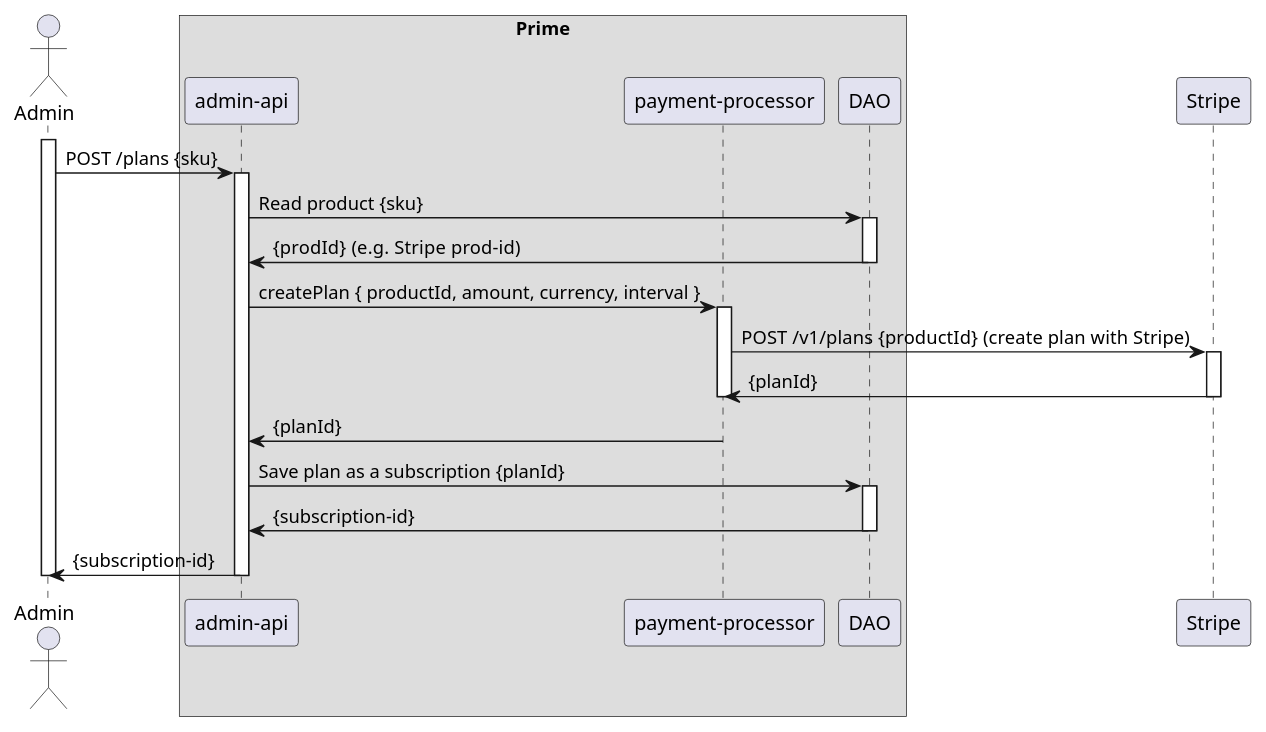
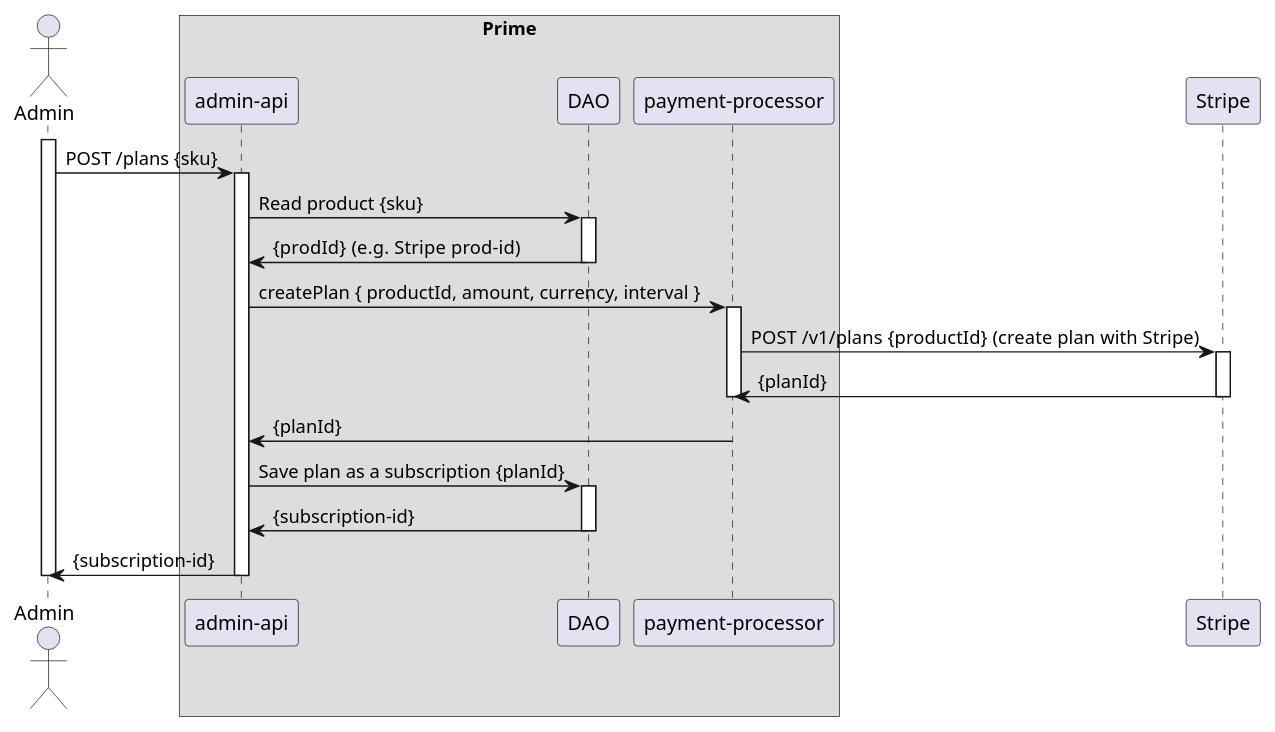
The diagram in payment-processor/doc/puml/create-plan.puml (ostelco/ostelco-core), drawn with PlantUML before and after one commit. The commit also changed 3 other files, not shown here.

```diff
--- a/payment-processor/doc/puml/create-plan.puml
+++ b/payment-processor/doc/puml/create-plan.puml
@@ -1,40 +1,40 @@
 @startuml
 
 actor Admin
 participant Admin
 
 box "Prime"
     participant "admin-api"
+    participant "DAO"
     participant "payment-processor"
-    participant DAO
 end box
 participant Stripe
 
 activate Admin
     "Admin" -> "admin-api" : POST /plans {sku}
     activate "admin-api"
     "admin-api" -> "DAO" : Read product {sku}
     activate "DAO"
     "DAO" -> "admin-api" : {prodId}  (e.g. Stripe prod-id)
     deactivate "DAO"
 
     "admin-api" -> "payment-processor" : createPlan { productId, amount, currency, interval }
     activate "payment-processor"
     "payment-processor" -> "Stripe" : POST /v1/plans {productId}  (create plan with Stripe)
     activate "Stripe"
     "Stripe" -> "payment-processor" : {planId}
     deactivate "Stripe"
     deactivate "payment-processor"
     "payment-processor" -> "admin-api" : {planId}
 
 
     "admin-api" -> "DAO" : Save plan as a subscription {planId}
     activate "DAO"
     "DAO" -> "admin-api" : {subscription-id}
     deactivate "DAO"
 
     "admin-api" -> "Admin" : {subscription-id}
     deactivate "admin-api"
 deactivate Admin
 
 @enduml
```
